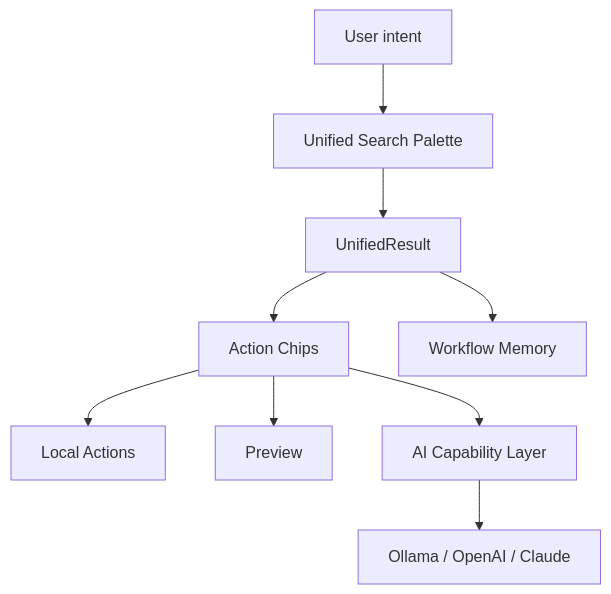
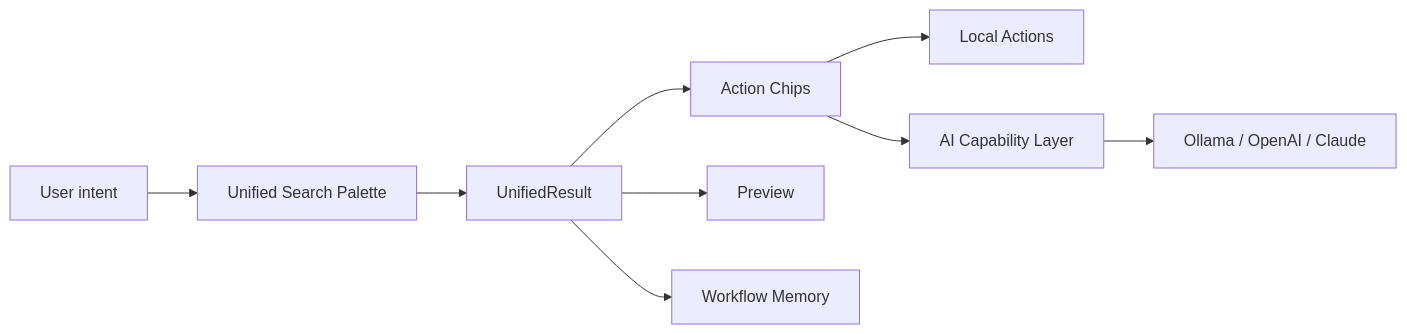
The diagram in README.md (aionyx02/keynova), drawn with Mermaid before and after one commit. The commit also changed other lines of this file and 15 other files, not shown here.

````diff
--- a/README.md
+++ b/README.md
@@ -212,11 +361,11 @@
 ```mermaid
-graph TD
-    User["User intent"] --> Palette["Unified Search Palette"]
+flowchart LR
+    Intent["User intent"] --> Palette["Unified Search Palette"]
     Palette --> Result["UnifiedResult"]
-    Result --> Action["Action Chips"]
-    Action --> Local["Local Actions"]
-    Action --> Preview["Preview"]
-    Action --> Capability["AI Capability Layer"]
+    Result --> Actions["Action Chips"]
+    Result --> Preview["Preview"]
+    Result --> Memory["Workflow Memory"]
+    Actions --> Local["Local Actions"]
+    Actions --> Capability["AI Capability Layer"]
     Capability --> Provider["Ollama / OpenAI / Claude"]
-    Result --> Memory["Workflow Memory"]
 ```
````
